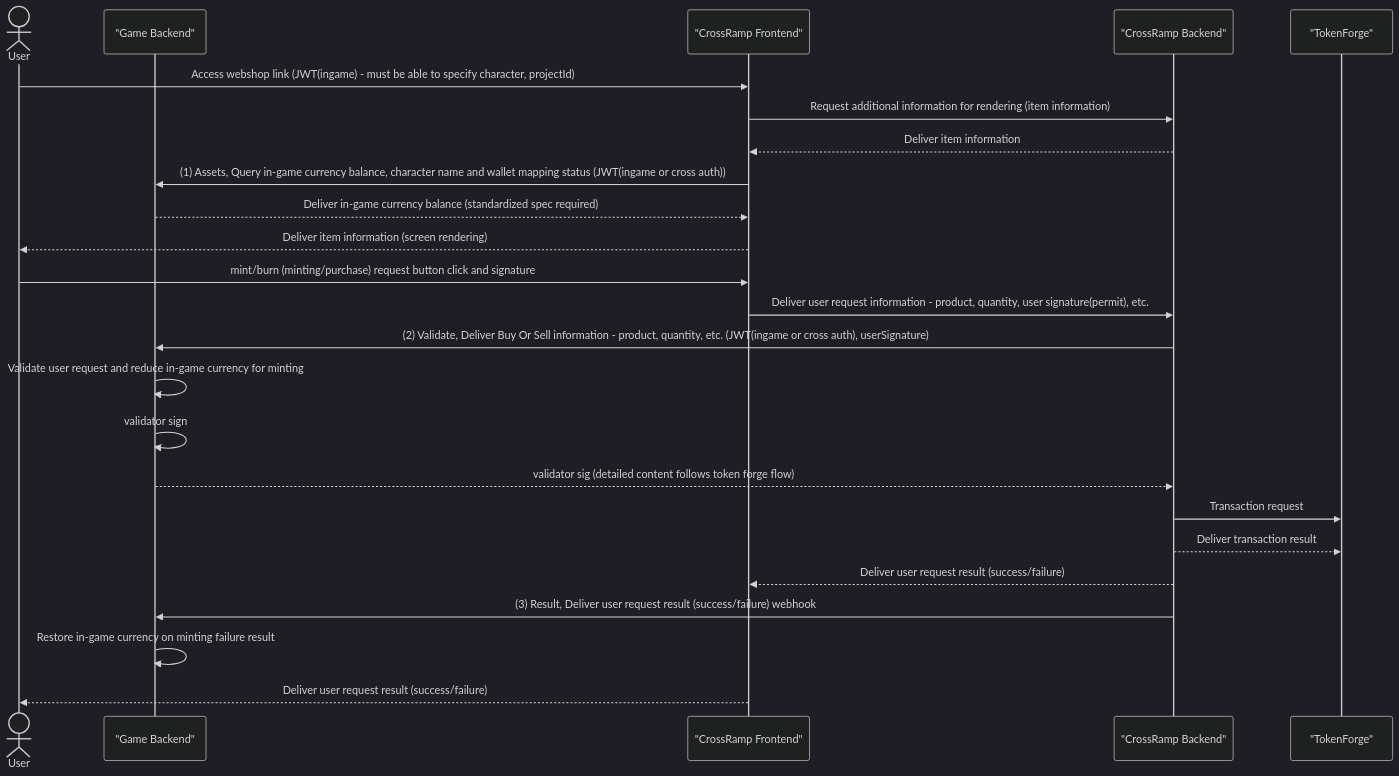
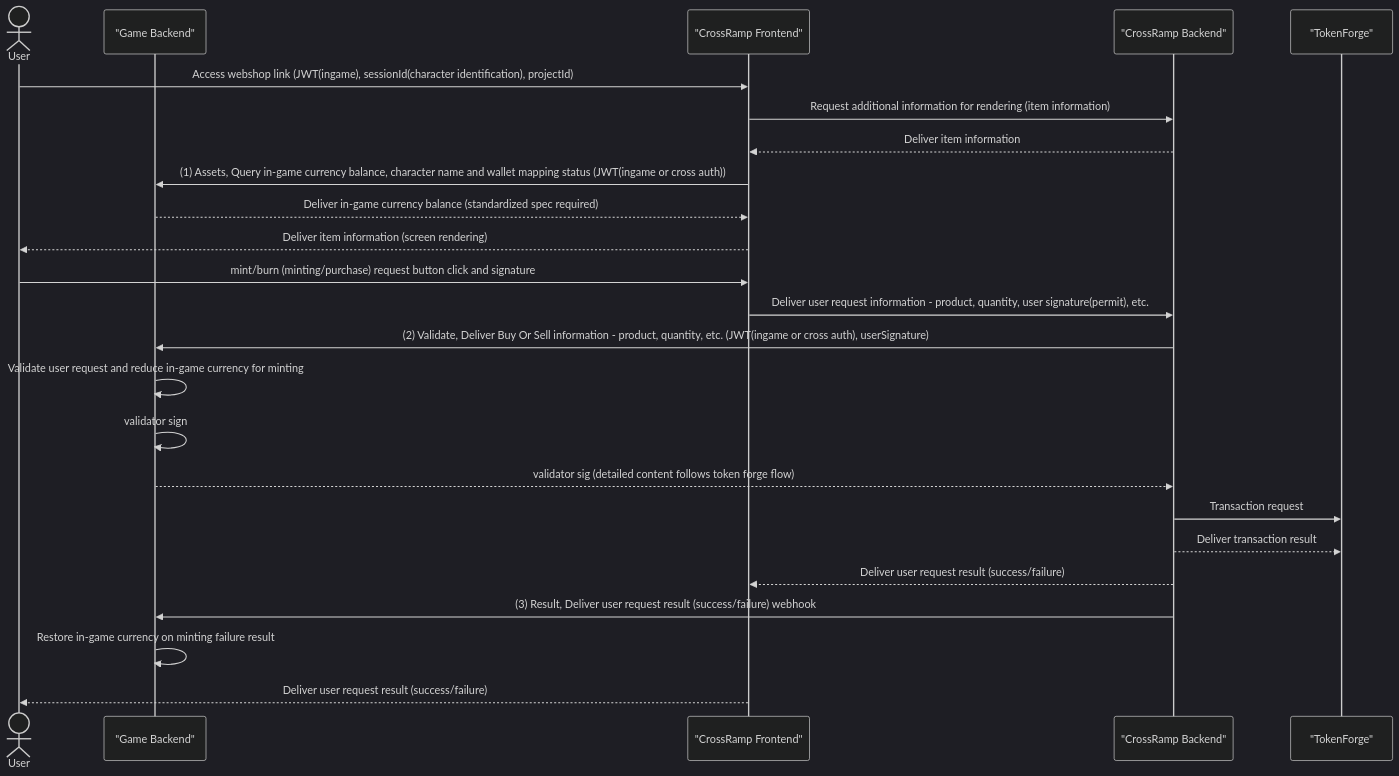
The diagram in GUIDE.md (to-nexus/cross-ramp-integration-sample), drawn with Mermaid (dark theme) before and after one commit. The commit also changed other lines of this file, not shown here.

````diff
--- a/GUIDE.md
+++ b/GUIDE.md
@@ -23,31 +25,31 @@
 ```mermaid
 sequenceDiagram
     actor User
     participant Game as "Game Backend"
     participant Frontend as "CrossRamp Frontend"
     participant Backend as "CrossRamp Backend"
     participant TokenForge as "TokenForge"
 
-    User->>Frontend: Access webshop link (JWT(ingame) - must be able to specify character, projectId)
+    User->>Frontend: Access webshop link (JWT(ingame), sessionId(character identification), projectId)
     Frontend->>Backend: Request additional information for rendering (item information)
     Backend-->>Frontend: Deliver item information
     Frontend->>Game: (1) Assets, Query in-game currency balance, character name and wallet mapping status (JWT(ingame or cross auth))
     Game-->>Frontend: Deliver in-game currency balance (standardized spec required)
     Frontend-->>User: Deliver item information (screen rendering)
     User->>Frontend: mint/burn (minting/purchase) request button click and signature
 
     Frontend->>Backend: Deliver user request information - product, quantity, user signature(permit), etc.
 
     Backend->>Game: (2) Validate, Deliver Buy Or Sell information - product, quantity, etc. (JWT(ingame or cross auth), userSignature)
 
     Game->>Game: Validate user request and reduce in-game currency for minting
     Game->>Game: validator sign
 
     Game-->>Backend: validator sig (detailed content follows token forge flow)
     Backend->>TokenForge: Transaction request
     Backend-->>TokenForge: Deliver transaction result
     Backend-->>Frontend: Deliver user request result (success/failure)
     Backend->>Game: (3) Result, Deliver user request result (success/failure) webhook
     Game->>Game: Restore in-game currency on minting failure result
     Frontend-->>User: Deliver user request result (success/failure)
 ```
````
